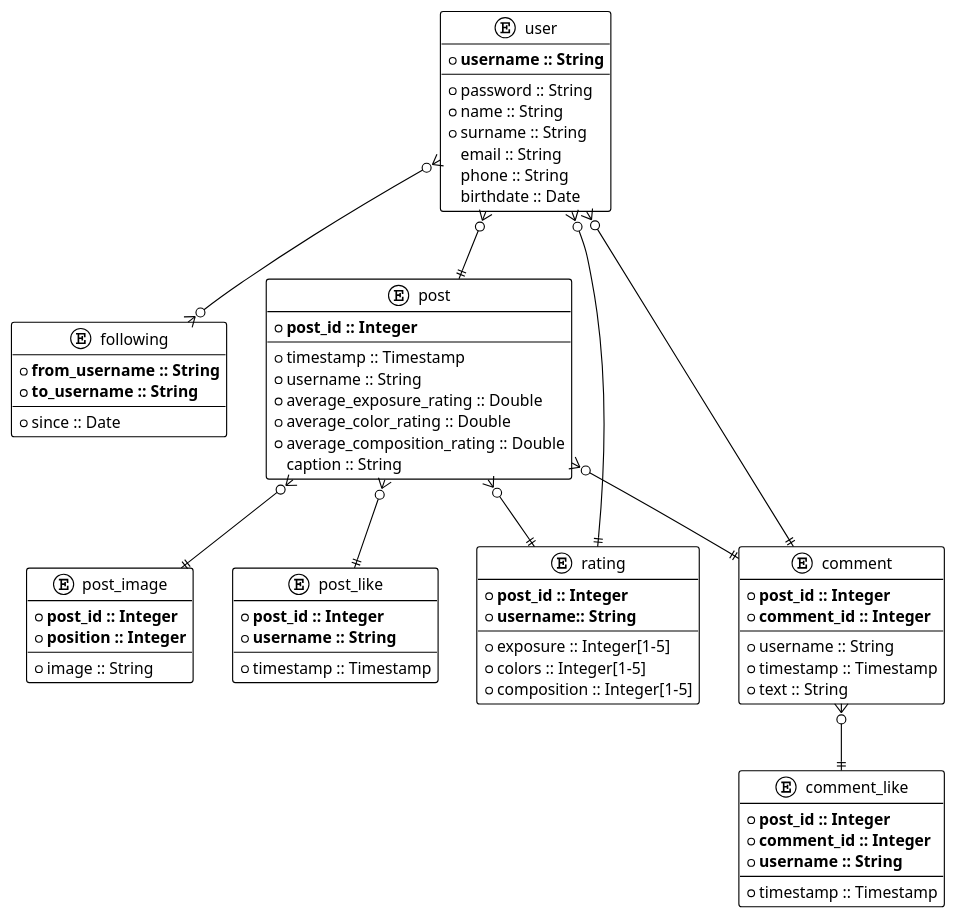
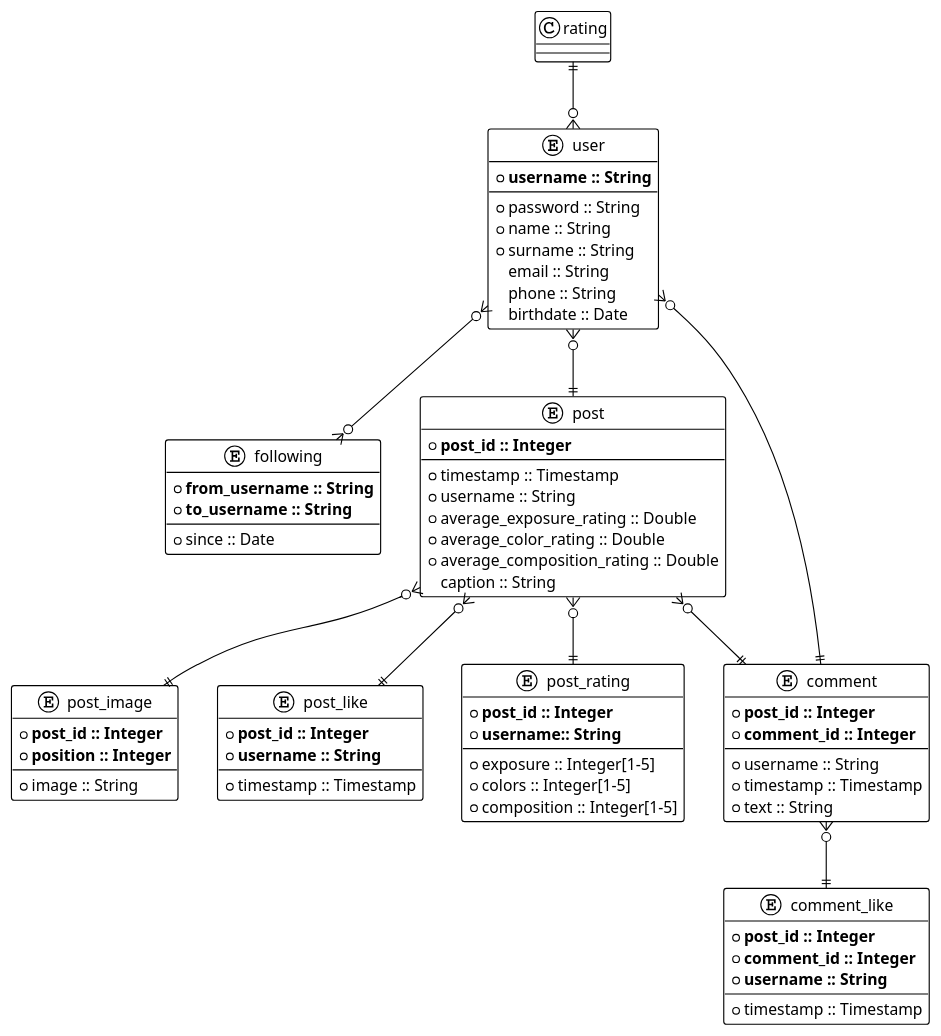
The diagram in db_project/er.plantuml (ValentinaPieri/lipho), drawn with PlantUML before and after one commit.

Commit message:
Renamed table rating to post_rating

```diff
--- a/db_project/er.plantuml
+++ b/db_project/er.plantuml
@@ -1,83 +1,83 @@
 @startuml Lipho DB ER Diagram
 !theme plain
 
 entity user {
     * **username :: String**
     --
     * password :: String
     * name :: String
     * surname :: String
     email :: String
     phone :: String
     birthdate :: Date
 }
 
 entity following {
     * **from_username :: String**
     * **to_username :: String**
     --
     * since :: Date
 }
 
 entity post {
     * **post_id :: Integer**
     --
     * timestamp :: Timestamp
     * username :: String
     * average_exposure_rating :: Double
     * average_color_rating :: Double
     * average_composition_rating :: Double
     caption :: String
 }
 
 entity post_image {
     * **post_id :: Integer**
     * **position :: Integer**
     --
     * image :: String
 }
 
 entity post_like {
     * **post_id :: Integer**
     * **username :: String**
     --
     * timestamp :: Timestamp
 }
 
-entity rating {
+entity post_rating {
     * **post_id :: Integer**
     * **username:: String**
     --
     * exposure :: Integer[1-5]
     * colors :: Integer[1-5]
     * composition :: Integer[1-5]
 }
 
 entity comment {
     * **post_id :: Integer**
     * **comment_id :: Integer**
     --
     * username :: String
     * timestamp :: Timestamp
     * text :: String
 }
 
 entity comment_like {
     * **post_id :: Integer**
     * **comment_id :: Integer**
     * **username :: String**
     --
     * timestamp :: Timestamp
 }
 
 user }o--o{ following
 user }o--|| post
 post }o--|| post_image
-post }o--|| rating
+post }o--|| post_rating
 post }o--|| comment
 post }o--|| post_like
 rating ||--o{ user
 comment ||--o{ user
 comment }o--|| comment_like
 
 @enduml
```
